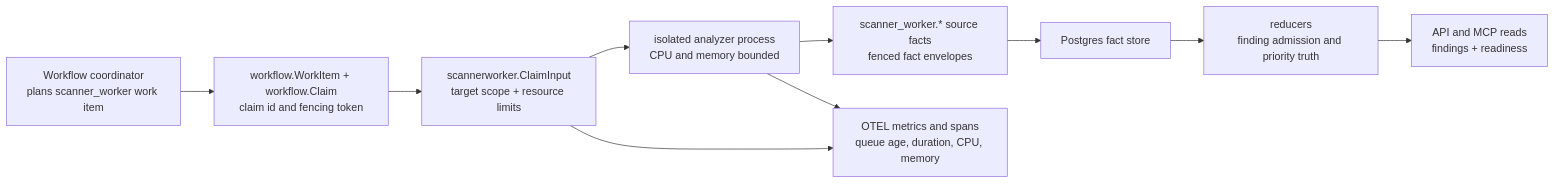
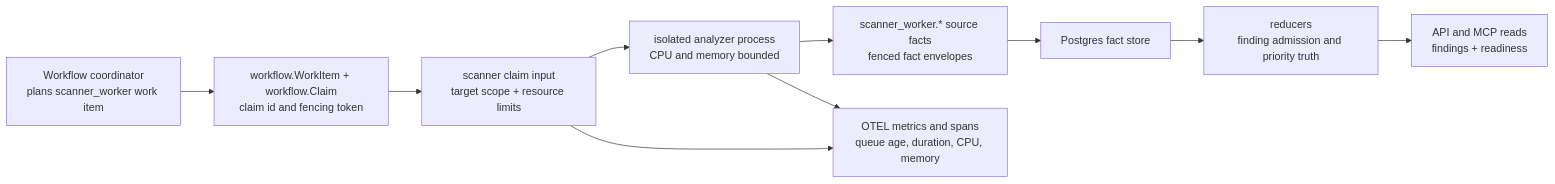
One commit to eshu-hq/eshu changed the third of 3 diagrams in docs/public/reference/security-intelligence.md. Above: the diagram before and after it, drawn with Mermaid. The commit also changed other lines of this file and 216 other files, not shown here.

````diff
--- a/docs/public/reference/security-intelligence.md
+++ b/docs/public/reference/security-intelligence.md
@@ -196,22 +196,22 @@
 ```mermaid
 flowchart LR
   coordinator["Workflow coordinator<br/>plans scanner_worker work item"]
   workflow["workflow.WorkItem + workflow.Claim<br/>claim id and fencing token"]
-  scanner_contract["scannerworker.ClaimInput<br/>target scope + resource limits"]
+  scanner_contract["scanner claim input<br/>target scope + resource limits"]
   analyzer["isolated analyzer process<br/>CPU and memory bounded"]
   source_facts["scanner_worker.* source facts<br/>fenced fact envelopes"]
   fact_store["Postgres fact store"]
   reducer["reducers<br/>finding admission and priority truth"]
   reads["API and MCP reads<br/>findings + readiness"]
   telemetry["OTEL metrics and spans<br/>queue age, duration, CPU, memory"]
 
   coordinator --> workflow
   workflow --> scanner_contract
   scanner_contract --> analyzer
   analyzer --> source_facts
   source_facts --> fact_store
   fact_store --> reducer
   reducer --> reads
   scanner_contract --> telemetry
   analyzer --> telemetry
 ```
````
